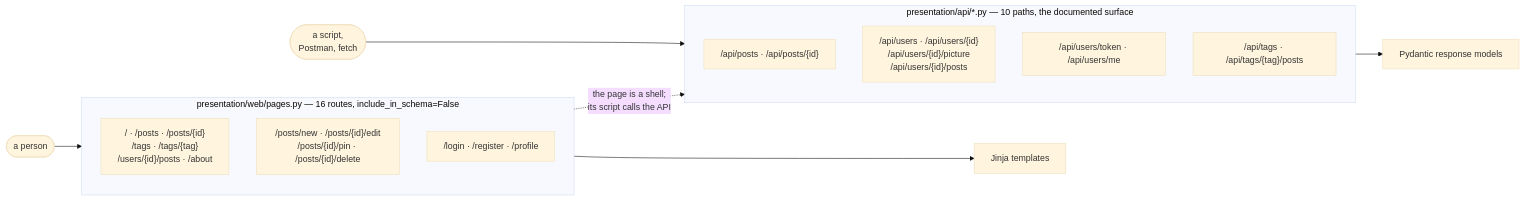
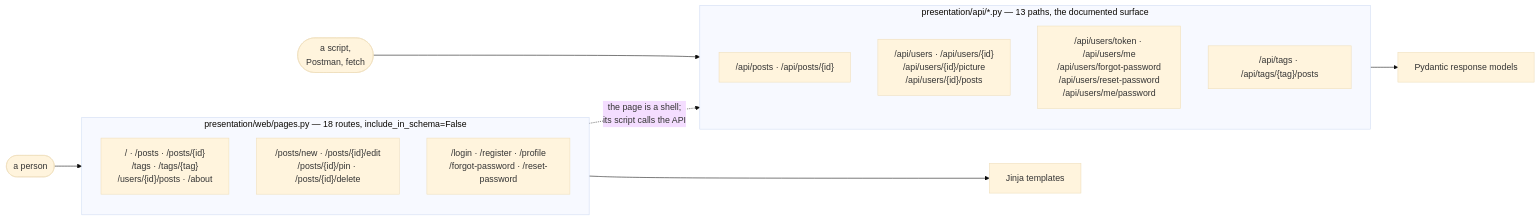
The second of 4 diagrams in docs/architecture.md (OstapchukIryna/fastapi-blog), drawn with Mermaid (base theme) before and after one commit. The commit also changed other lines of this file and 27 other files, not shown here.

First line of the commit message:
Fix the password reset, and give it the pages it was missing (#29)

````diff
--- a/docs/architecture.md
+++ b/docs/architecture.md
@@ -135,23 +147,23 @@
 ```mermaid
 graph LR
     person([a person]) --> pages_r
     script([a script,<br/>Postman, fetch]) --> api_r
 
-    subgraph pages_r["presentation/web/pages.py — 16 routes, include_in_schema=False"]
+    subgraph pages_r["presentation/web/pages.py — 18 routes, include_in_schema=False"]
         direction TB
         p1["/ · /posts · /posts/{id}<br/>/tags · /tags/{tag}<br/>/users/{id}/posts · /about"]
         p2["/posts/new · /posts/{id}/edit<br/>/posts/{id}/pin · /posts/{id}/delete"]
-        p3["/login · /register · /profile"]
+        p3["/login · /register · /profile<br/>/forgot-password · /reset-password"]
     end
 
-    subgraph api_r["presentation/api/*.py — 10 paths, the documented surface"]
+    subgraph api_r["presentation/api/*.py — 13 paths, the documented surface"]
         a1["/api/posts · /api/posts/{id}"]
         a2["/api/users · /api/users/{id}<br/>/api/users/{id}/picture<br/>/api/users/{id}/posts"]
-        a3["/api/users/token · /api/users/me"]
+        a3["/api/users/token · /api/users/me<br/>/api/users/forgot-password<br/>/api/users/reset-password<br/>/api/users/me/password"]
         a4["/api/tags · /api/tags/{tag}/posts"]
     end
 
     pages_r --> jinja[Jinja templates]
     api_r --> pyd[Pydantic response models]
     p3 -. "the page is a shell;<br/>its script calls the API" .-> api_r
 ```
````
